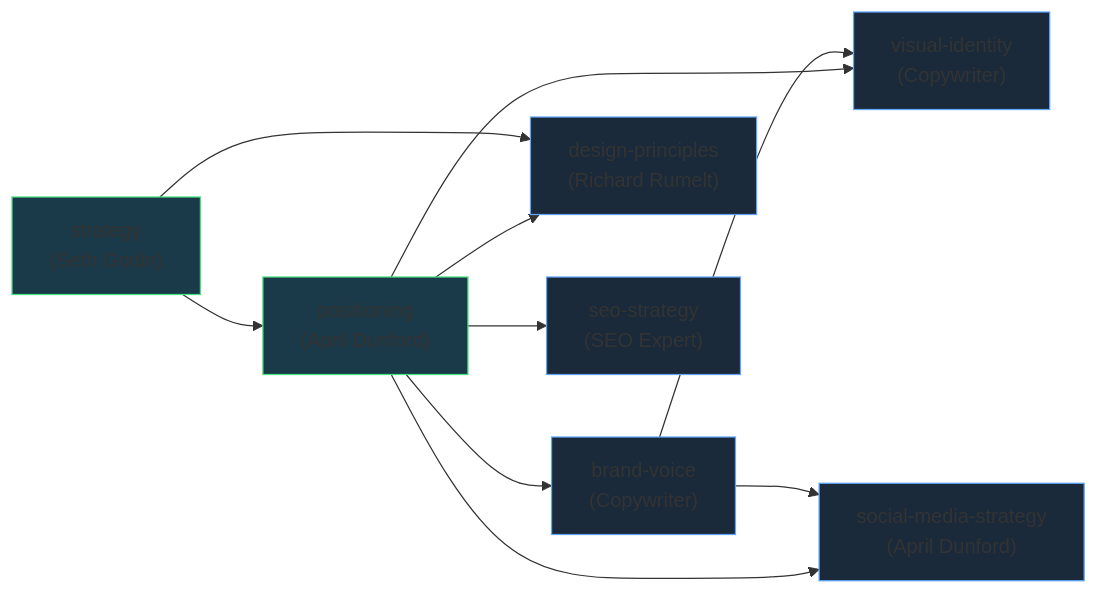
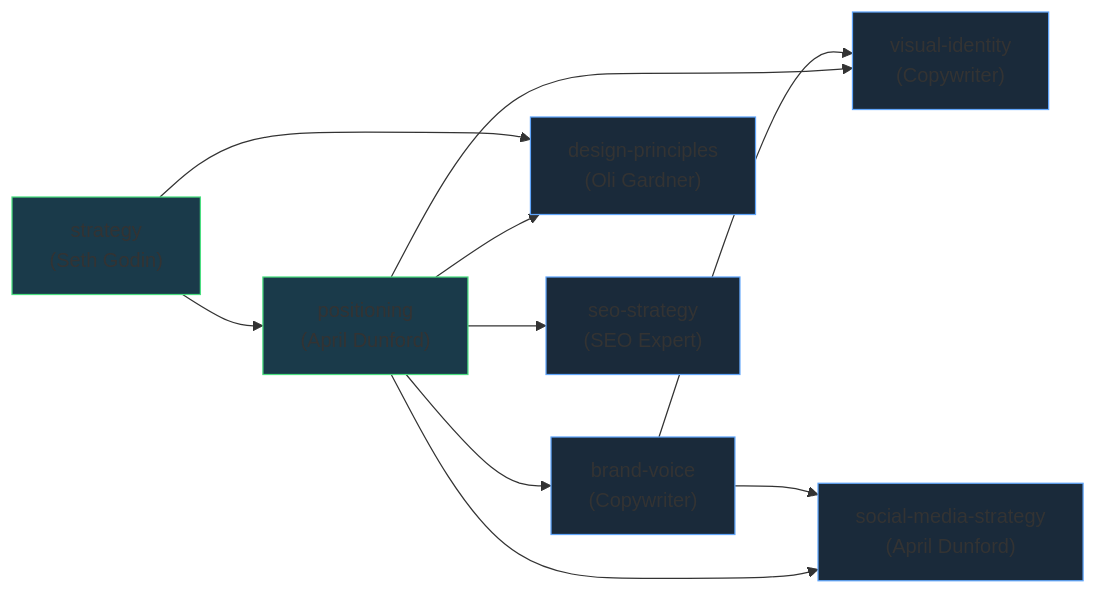
Before and after one commit to cwhogg/epch-projects: diagram 11 of 11 in docs/architecture.md, drawn with Mermaid. The commit also changed other lines of this file, not shown here.

Commit message:
docs: update architecture for website builder rebuild

````diff
--- a/docs/architecture.md
+++ b/docs/architecture.md
@@ -639,20 +641,20 @@
 ```mermaid
 flowchart LR
     STRATEGY["strategy<br/>(Seth Godin)"] --> POSITIONING["positioning<br/>(April Dunford)"]
     POSITIONING --> VOICE["brand-voice<br/>(Copywriter)"]
-    POSITIONING --> DESIGN["design-principles<br/>(Richard Rumelt)"]
+    POSITIONING --> DESIGN["design-principles<br/>(Oli Gardner)"]
     STRATEGY --> DESIGN
     POSITIONING --> VISUAL["visual-identity<br/>(Copywriter)"]
     VOICE --> VISUAL
     POSITIONING --> SEO_STRAT["seo-strategy<br/>(SEO Expert)"]
     POSITIONING --> SOCIAL["social-media-strategy<br/>(April Dunford)"]
     VOICE --> SOCIAL
 
     style STRATEGY fill:#1a3a4a,stroke:#4ade80
     style POSITIONING fill:#1a3a4a,stroke:#4ade80
     style VOICE fill:#1a2a3a,stroke:#60a5fa
     style DESIGN fill:#1a2a3a,stroke:#60a5fa
     style VISUAL fill:#1a2a3a,stroke:#60a5fa
     style SEO_STRAT fill:#1a2a3a,stroke:#60a5fa
     style SOCIAL fill:#1a2a3a,stroke:#60a5fa
 ```
````
